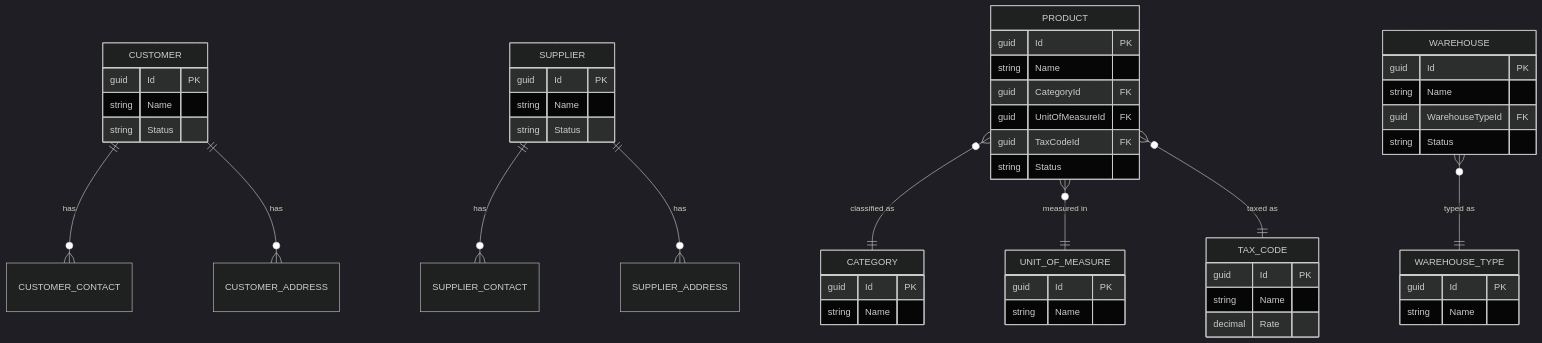
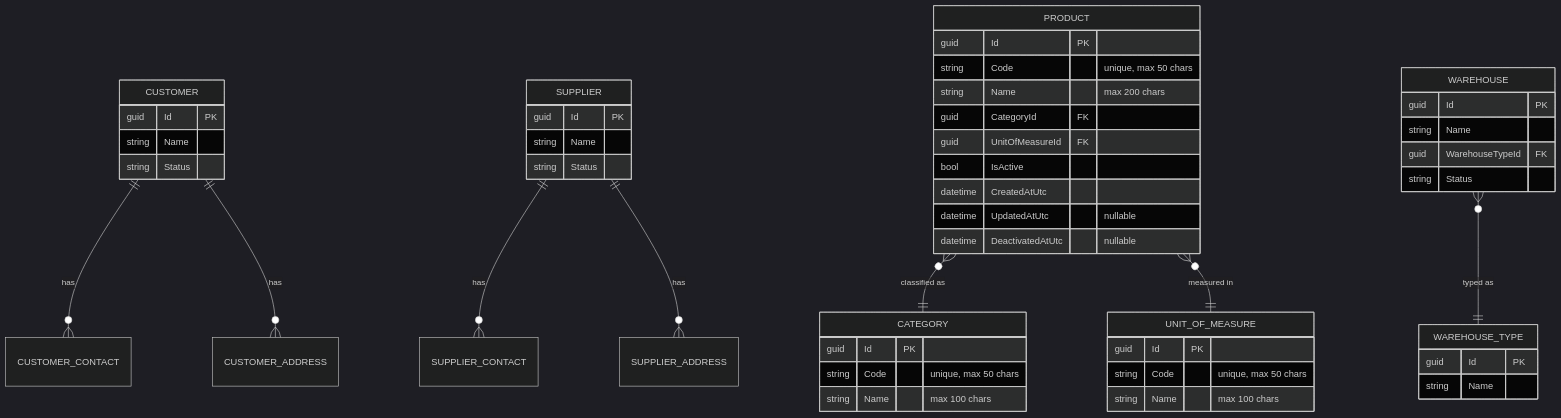
One commit to Helderito/ERP-Intelligence-Platform changed the second of 2 diagrams in docs/database/Entity-Relationship-Diagram.md. Above: the diagram before and after it, drawn with Mermaid (dark theme). The commit also changed other lines of this file and 65 other files, not shown here.

````diff
--- a/docs/database/Entity-Relationship-Diagram.md
+++ b/docs/database/Entity-Relationship-Diagram.md
@@ -88,56 +88,54 @@
 ```mermaid
 erDiagram
     CUSTOMER ||--o{ CUSTOMER_CONTACT : has
     CUSTOMER ||--o{ CUSTOMER_ADDRESS : has
 
     SUPPLIER ||--o{ SUPPLIER_CONTACT : has
     SUPPLIER ||--o{ SUPPLIER_ADDRESS : has
 
     PRODUCT }o--|| CATEGORY : "classified as"
     PRODUCT }o--|| UNIT_OF_MEASURE : "measured in"
-    PRODUCT }o--|| TAX_CODE : "taxed as"
-
     WAREHOUSE }o--|| WAREHOUSE_TYPE : "typed as"
 
     CUSTOMER {
         guid Id PK
         string Name
         string Status
     }
     SUPPLIER {
         guid Id PK
         string Name
         string Status
     }
     PRODUCT {
         guid Id PK
-        string Name
+        string Code "unique, max 50 chars"
+        string Name "max 200 chars"
         guid CategoryId FK
         guid UnitOfMeasureId FK
-        guid TaxCodeId FK
-        string Status
+        bool IsActive
+        datetime CreatedAtUtc
+        datetime UpdatedAtUtc "nullable"
+        datetime DeactivatedAtUtc "nullable"
     }
     CATEGORY {
         guid Id PK
-        string Name
+        string Code "unique, max 50 chars"
+        string Name "max 100 chars"
     }
     UNIT_OF_MEASURE {
         guid Id PK
-        string Name
-    }
-    TAX_CODE {
-        guid Id PK
-        string Name
-        decimal Rate
+        string Code "unique, max 50 chars"
+        string Name "max 100 chars"
     }
     WAREHOUSE {
         guid Id PK
         string Name
         guid WarehouseTypeId FK
         string Status
     }
     WAREHOUSE_TYPE {
         guid Id PK
         string Name
     }
 ```
````
